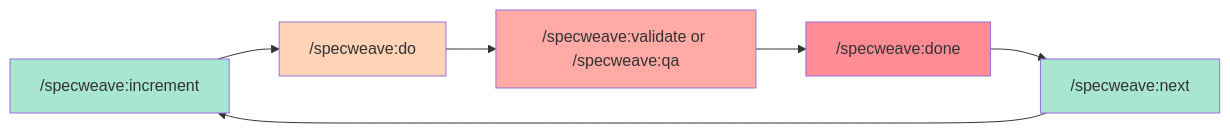
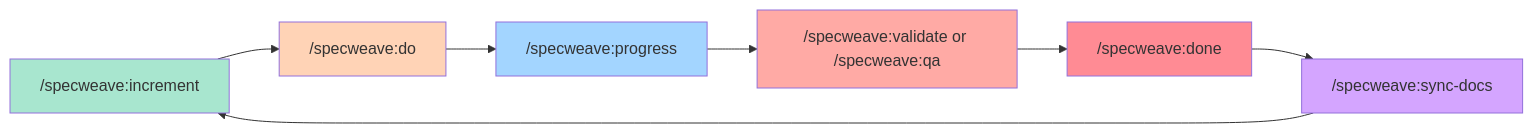
Before and after one commit to anton-abyzov/specweave: the diagram in .specweave/docs/public/commands/overview.md, drawn with Mermaid. The commit also changed other lines of this file and 53 other files, not shown here.

First line of the commit message:
feat: multi-project sync architecture implementation

````diff
--- a/.specweave/docs/public/commands/overview.md
+++ b/.specweave/docs/public/commands/overview.md
@@ -15,14 +15,16 @@
 ```mermaid
 graph LR
     A["/specweave:increment"] --> B["/specweave:do"]
-    B --> C["/specweave:validate or /specweave:qa"]
-    C --> D["/specweave:done"]
-    D --> E["/specweave:next"]
-    E --> A
+    B --> C["/specweave:progress"]
+    C --> D["/specweave:validate or /specweave:qa"]
+    D --> E["/specweave:done"]
+    E --> F["/specweave:sync-docs"]
+    F --> A
 
     style A fill:#a8e6cf
     style B fill:#ffd3b6
-    style C fill:#ffaaa5
-    style D fill:#ff8b94
-    style E fill:#a8e6cf
+    style C fill:#a3d5ff
+    style D fill:#ffaaa5
+    style E fill:#ff8b94
+    style F fill:#d4a5ff
 ```
````
